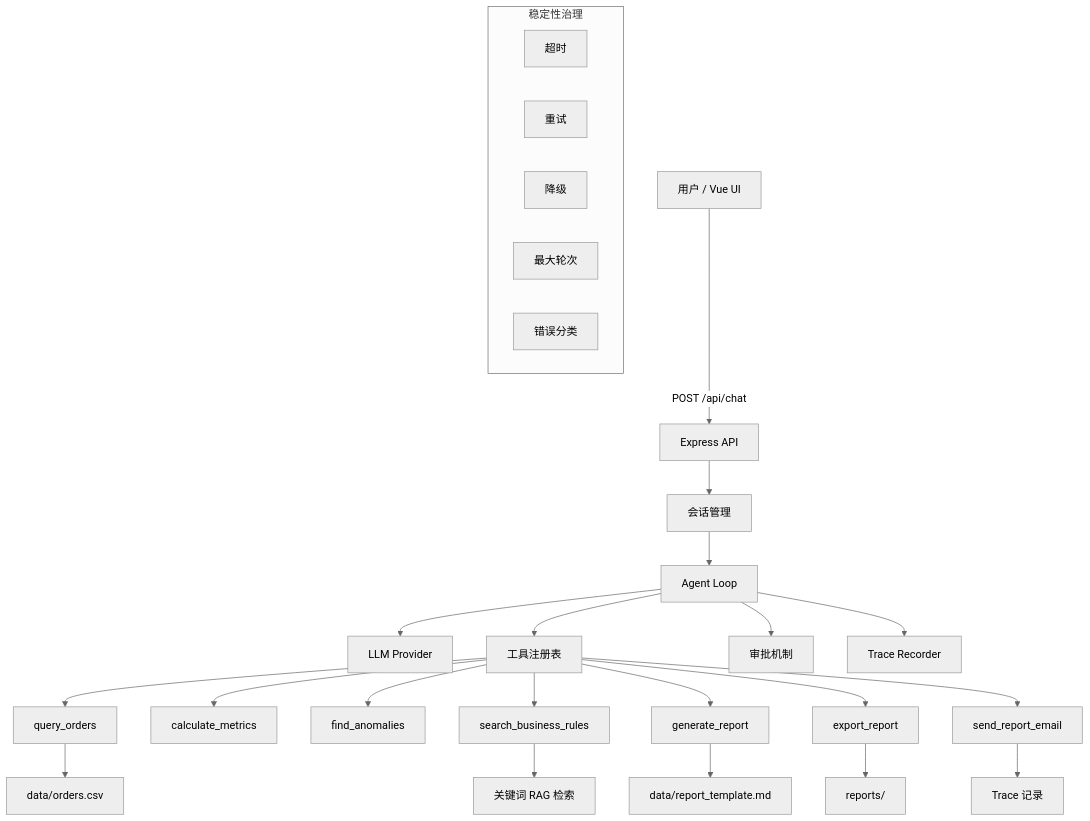
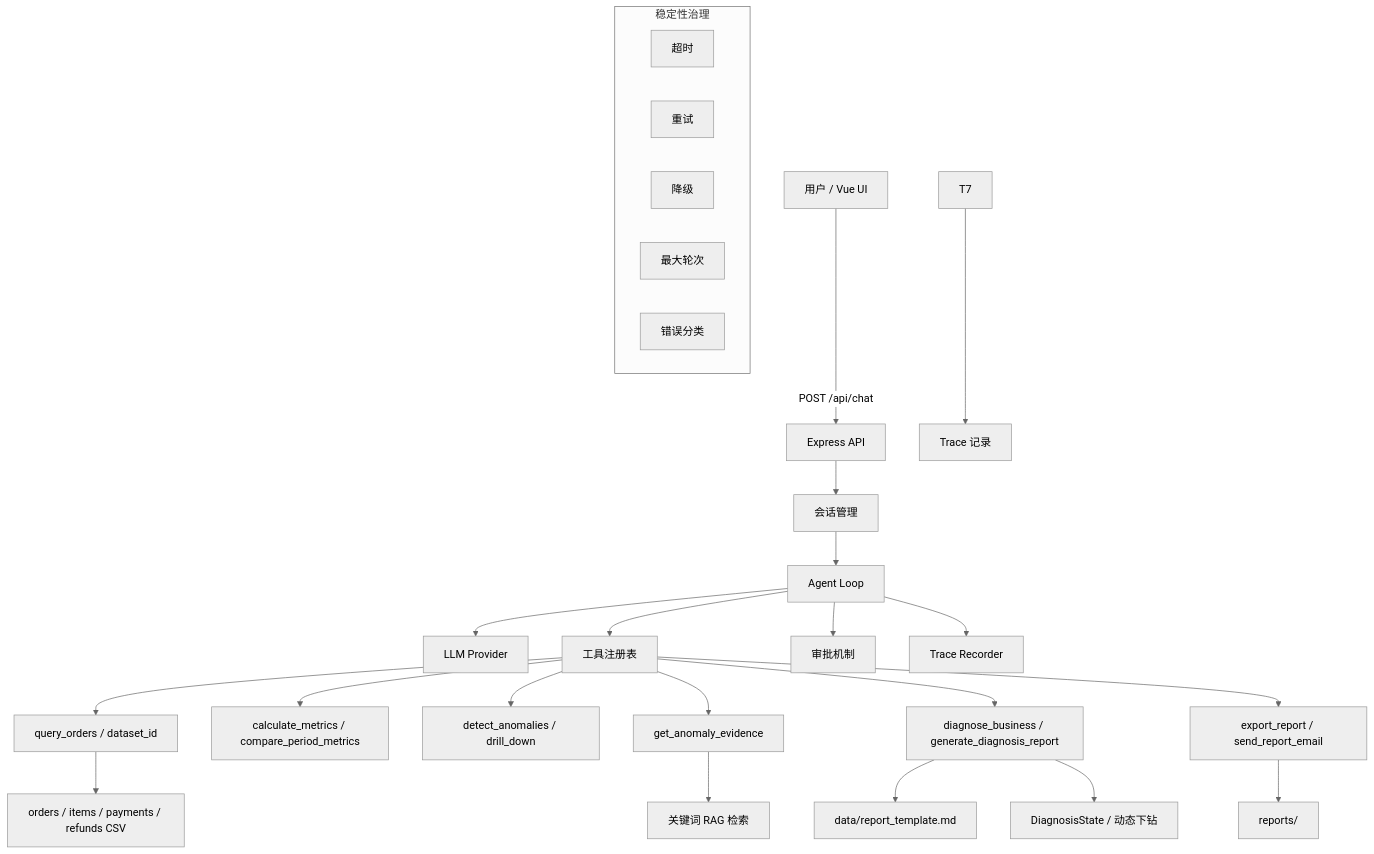
The diagram in README.md (chenshuangwtt/business-agent-mvp), drawn with Mermaid (neutral theme) before and after one commit. The commit also changed other lines of this file and 57 other files, not shown here.

Commit message:
feat: finalize business diagnosis experience

````diff
--- a/README.md
+++ b/README.md
@@ -112,33 +159,33 @@
 ```mermaid
 graph TB
     User[用户 / Vue UI] -->|POST /api/chat| API[Express API]
     API --> Session[会话管理]
     Session --> Agent[Agent Loop]
     Agent --> LLM[LLM Provider]
     Agent --> Tools[工具注册表]
 
-    Tools --> T1[query_orders]
-    Tools --> T2[calculate_metrics]
-    Tools --> T3[find_anomalies]
-    Tools --> T4[search_business_rules]
-    Tools --> T5[generate_report]
-    Tools --> T6[export_report]
-    Tools --> T7[send_report_email]
+    Tools --> T1[query_orders / dataset_id]
+    Tools --> T2[calculate_metrics / compare_period_metrics]
+    Tools --> T3[detect_anomalies / drill_down]
+    Tools --> T4[get_anomaly_evidence]
+    Tools --> T5[diagnose_business / generate_diagnosis_report]
+    Tools --> T6[export_report / send_report_email]
 
-    T1 --> CSV[data/orders.csv]
+    T1 --> CSV[orders / items / payments / refunds CSV]
     T4 --> RAG[关键词 RAG 检索]
     T5 --> Template[data/report_template.md]
     T6 --> Reports[reports/]
     T7 --> Trace[Trace 记录]
 
     Agent --> Approval[审批机制]
     Agent --> TraceStore[Trace Recorder]
+    T5 --> State[DiagnosisState / 动态下钻]
 
     subgraph 稳定性治理
         Timeout[超时]
         Retry[重试]
         Fallback[降级]
         MaxRounds[最大轮次]
         ErrorClass[错误分类]
     end
 ```
````
